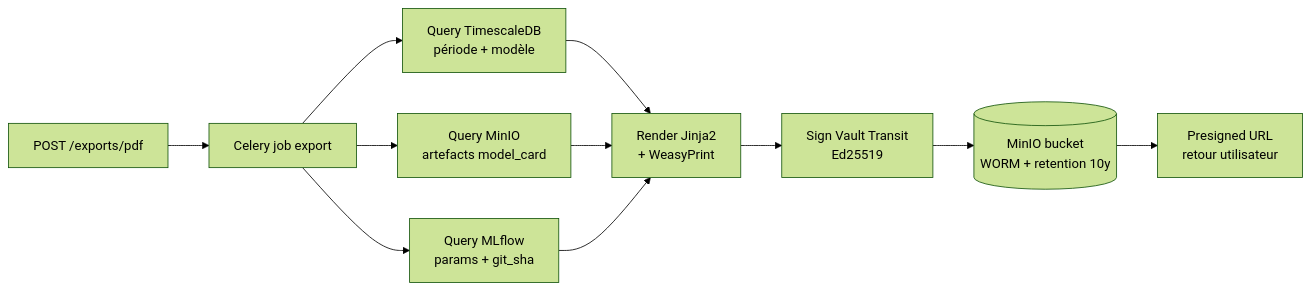
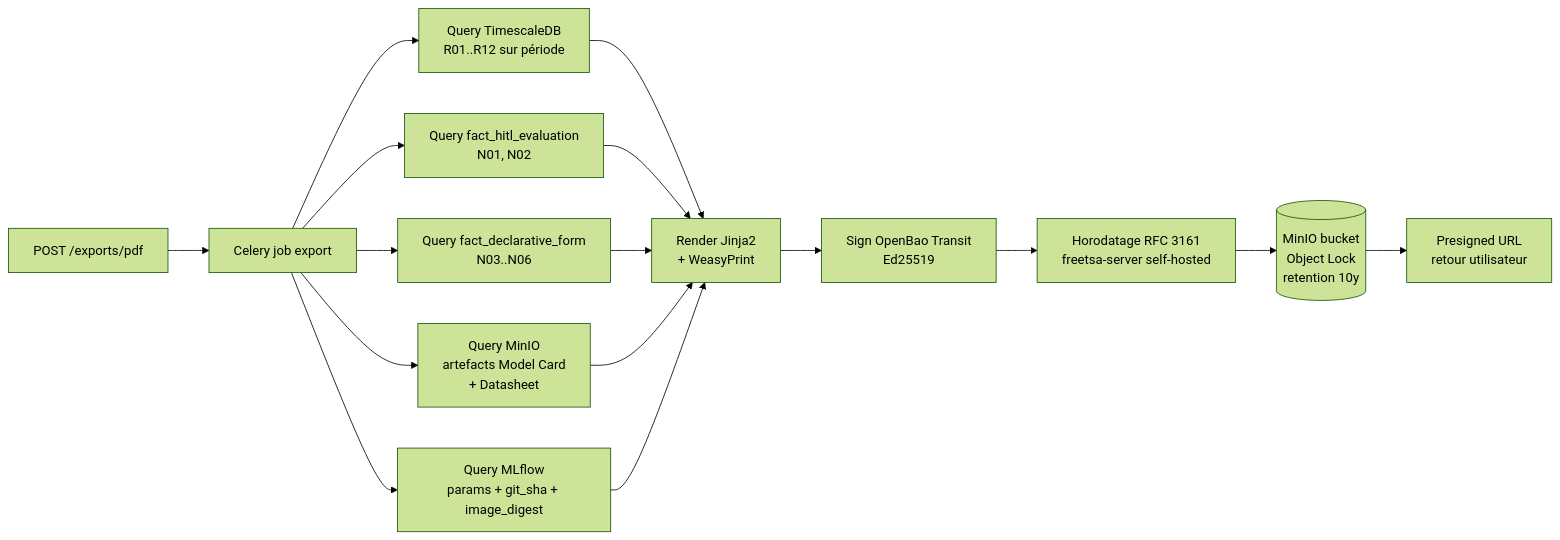
Before and after one commit to Rqbln/VERA: the fifth of 5 diagrams in MVP3_dashboards_rbac.md, drawn with Mermaid (forest theme). The commit also changed other lines of this file and 9 other files, not shown here.

First line of the commit message:
Refocus roadmap and MVP documentation on accessible local open-source tooling.

````diff
--- a/MVP3_dashboards_rbac.md
+++ b/MVP3_dashboards_rbac.md
@@ -208,11 +367,14 @@
 ```mermaid
 flowchart LR
     REQ[POST /exports/pdf] --> JOB[Celery job export]
-    JOB --> Q1[Query TimescaleDB<br/>période + modèle]
-    JOB --> Q2[Query MinIO<br/>artefacts model_card]
-    JOB --> Q3[Query MLflow<br/>params + git_sha]
-    Q1 & Q2 & Q3 --> RENDER[Render Jinja2<br/>+ WeasyPrint]
-    RENDER --> SIGN[Sign Vault Transit<br/>Ed25519]
-    SIGN --> WORM[(MinIO bucket<br/>WORM + retention 10y)]
+    JOB --> Q1[Query TimescaleDB<br/>R01..R12 sur période]
+    JOB --> Q2[Query fact_hitl_evaluation<br/>N01, N02]
+    JOB --> Q3[Query fact_declarative_form<br/>N03..N06]
+    JOB --> Q4[Query MinIO<br/>artefacts Model Card<br/>+ Datasheet]
+    JOB --> Q5[Query MLflow<br/>params + git_sha + image_digest]
+    Q1 & Q2 & Q3 & Q4 & Q5 --> RENDER[Render Jinja2<br/>+ WeasyPrint]
+    RENDER --> SIGN[Sign OpenBao Transit<br/>Ed25519]
+    SIGN --> TST[Horodatage RFC 3161<br/>freetsa-server self-hosted]
+    TST --> WORM[(MinIO bucket<br/>Object Lock<br/>retention 10y)]
     WORM --> URL[Presigned URL<br/>retour utilisateur]
 ```
````
